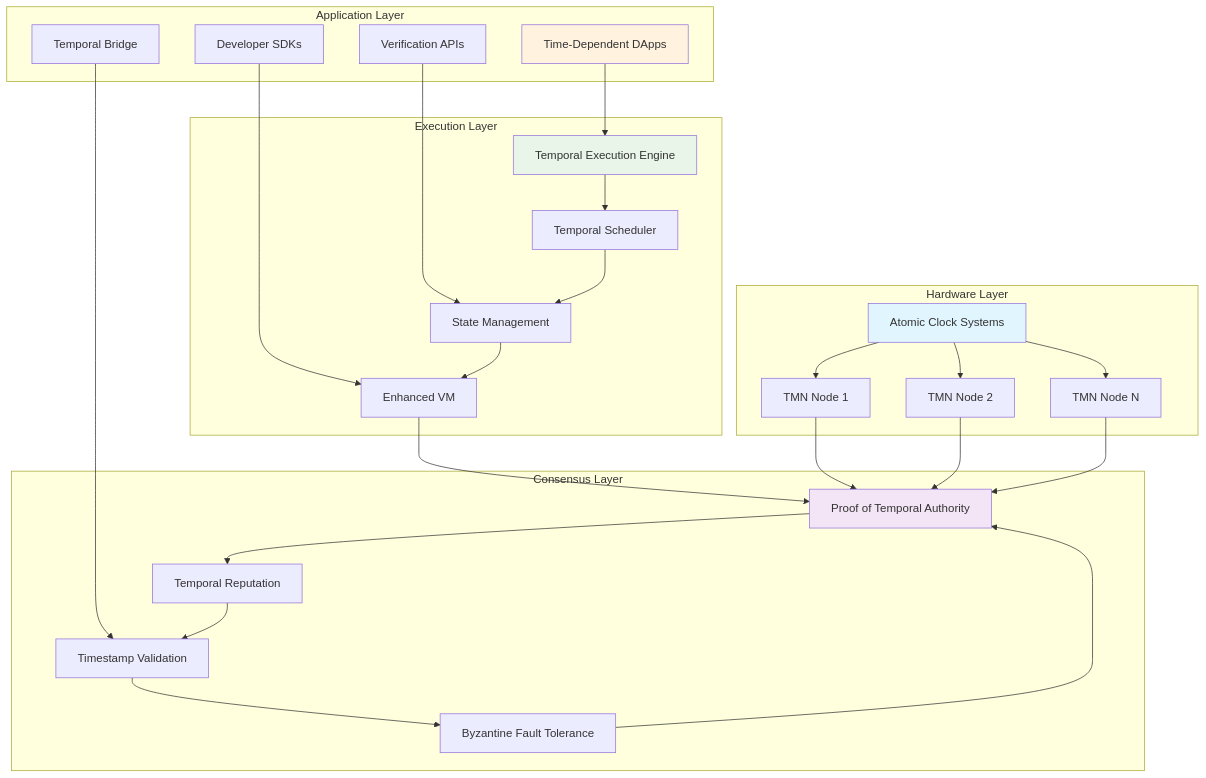
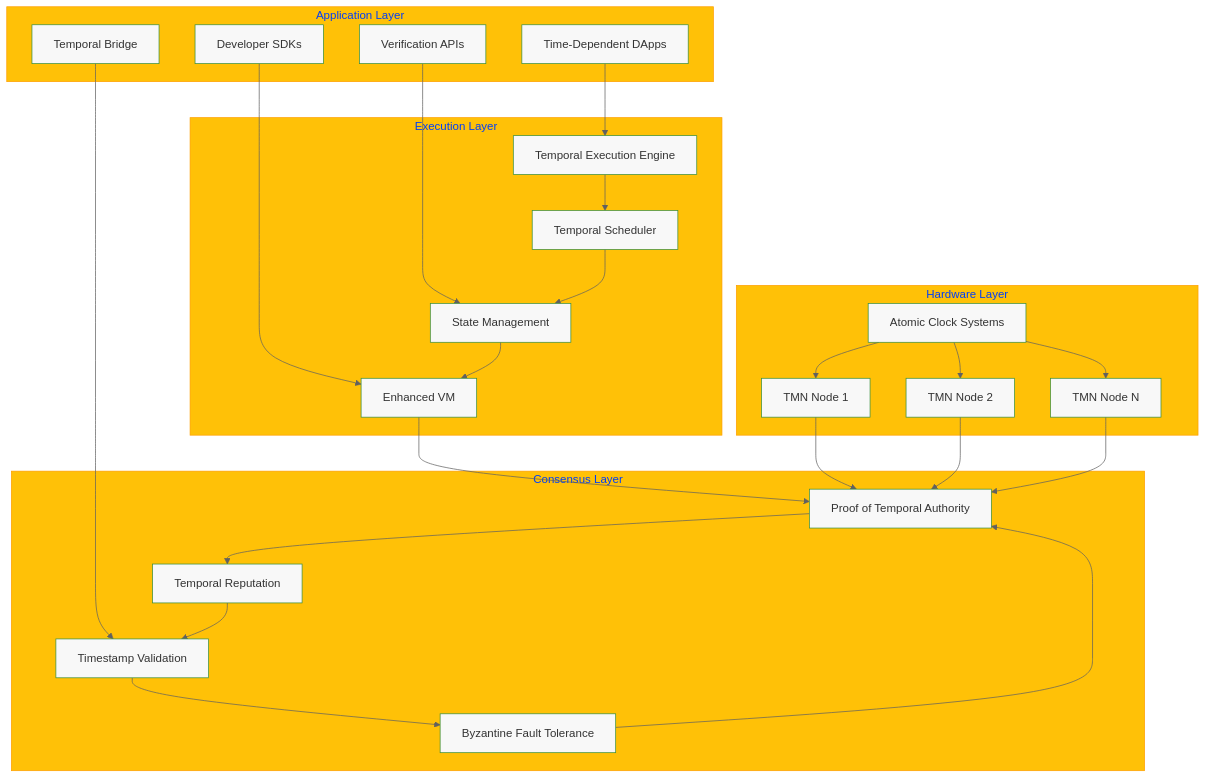
One commit to nshkrdotcom/ChronoLedger changed the first of 10 diagrams in docs/architecture.md. Above: the diagram before and after it, drawn with Mermaid. The commit also changed other lines of this file and 6 other files, not shown here.

````diff
--- a/docs/architecture.md
+++ b/docs/architecture.md
@@ -9,57 +9,63 @@
 ```mermaid
+%%{init: {'theme': 'base', 'themeVariables': {
+    'primaryColor': '#4CAF50',
+    'primaryBorderColor': '#388E3C',
+    'secondaryColor': '#2196F3',
+    'secondaryBorderColor': '#1976D2',
+    'tertiaryColor': '#FFC107',
+    'tertiaryBorderColor': '#FFA000',
+    'lineColor': '#616161',
+    'textColor': '#212121',
+    'mainBkg': '#F8F8F8'
+}}}%%
 graph TB
     subgraph "Application Layer"
         DAPPS[Time-Dependent DApps]
         BRIDGE[Temporal Bridge]
         API[Verification APIs]
         SDK[Developer SDKs]
     end
     
     subgraph "Execution Layer"
         TEE[Temporal Execution Engine]
         SCHEDULER[Temporal Scheduler]
         STATE[State Management]
         VM[Enhanced VM]
     end
     
     subgraph "Consensus Layer"
         POTA[Proof of Temporal Authority]
         REPUTATION[Temporal Reputation]
         VALIDATION[Timestamp Validation]
         BFT[Byzantine Fault Tolerance]
     end
     
     subgraph "Hardware Layer"
         TMN1[TMN Node 1]
         TMN2[TMN Node 2]
         TMN3[TMN Node N]
         CLOCKS[Atomic Clock Systems]
     end
     
     DAPPS --> TEE
     BRIDGE --> VALIDATION
     API --> STATE
     SDK --> VM
     
     TEE --> SCHEDULER
     SCHEDULER --> STATE
     STATE --> VM
     VM --> POTA
     
     POTA --> REPUTATION
     REPUTATION --> VALIDATION
     VALIDATION --> BFT
     BFT --> POTA
     
     TMN1 --> POTA
     TMN2 --> POTA
     TMN3 --> POTA
     CLOCKS --> TMN1
     CLOCKS --> TMN2
     CLOCKS --> TMN3
-    
-    style CLOCKS fill:#e1f5fe
-    style POTA fill:#f3e5f5
-    style TEE fill:#e8f5e8
-    style DAPPS fill:#fff3e0
 ```
````
